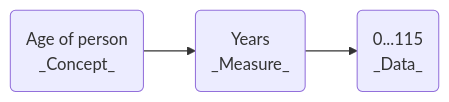
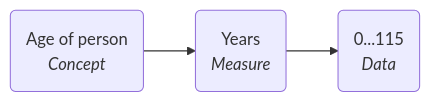
Before and after one commit to spuddybike/understanding-metadata: the fifth of 12 diagrams in docs/introduction/1.1 Research data.md, drawn with Mermaid.

Commit message:
Update 1.1 Research data.md

````diff
--- a/docs/introduction/1.1 Research data.md
+++ b/docs/introduction/1.1 Research data.md
@@ -174,5 +174,5 @@
         ``` mermaid
         flowchart LR
-          aop(Age of person <br> _Concept_) --> Ye(Years <br> _Measure_)
-          Ye --> yd(0...115 <br> _Data_)
+          aop(Age of person <br> <i>Concept</i>) --> Ye(Years <br> <i>Measure</i>)
+          Ye --> yd(0...115 <br> <i>Data</i>)
         ```
````
